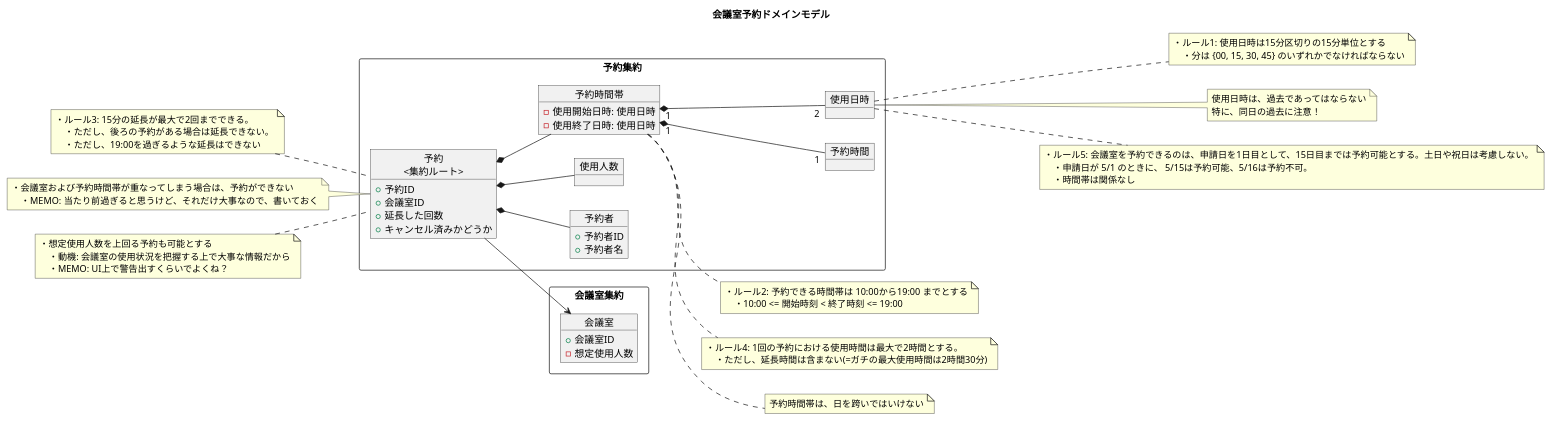
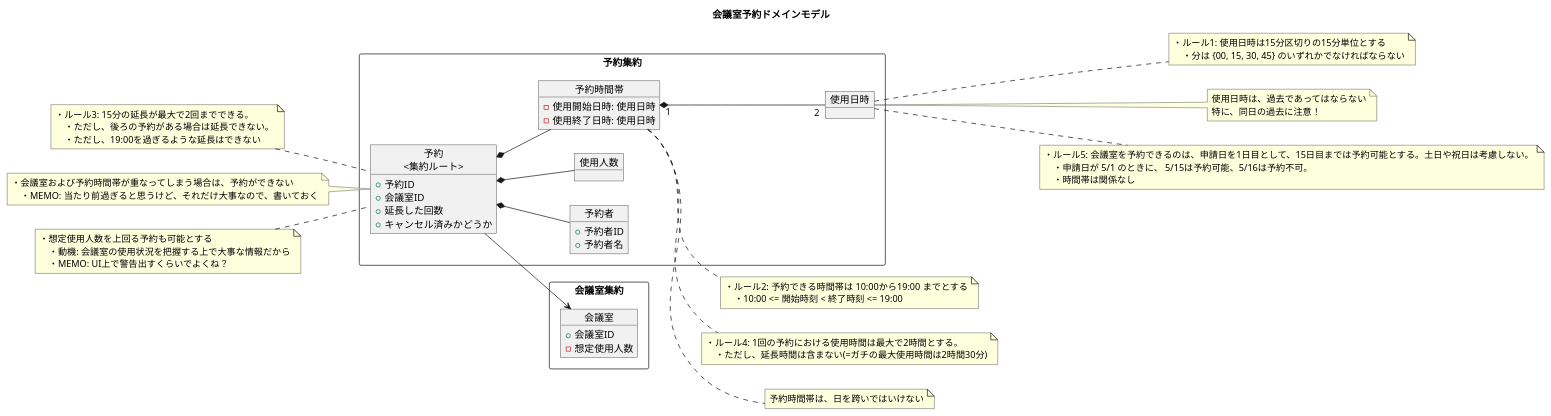
One commit to ModelingKai/meeting-room-python changed the diagram in diagram/ドメインモデル.puml. Above: the diagram before and after it, drawn with PlantUML.

Commit message:
予約時間という概念が消えたので、ドメインモデルを更新した
- 予約時間というのは、もしかしたら画面表示のところだけかも

```diff
--- a/diagram/ドメインモデル.puml
+++ b/diagram/ドメインモデル.puml
@@ -1,104 +1,101 @@
 @startuml
 
 title 会議室予約ドメインモデル
 
 left to right direction
 
 
 rectangle 予約集約 {
     object "予約\n<集約ルート>" as c1 {
         + 予約ID
         + 会議室ID
         + 延長した回数
         + キャンセル済みかどうか
     }
 
     object 予約者 {
         + 予約者ID
         + 予約者名
     }
 
     object 使用人数 {
     }
 
     object 予約時間帯 {
         - 使用開始日時: 使用日時
         - 使用終了日時: 使用日時
     }
 
-    object 予約時間 {
-    }
 
     object 使用日時 {
     }
 }
 
 
 rectangle 会議室集約 {
     object 会議室 {
         + 会議室ID
         - 想定使用人数
     }
 }
 
 
 c1 --> 会議室
 c1 *-- 予約者
 c1 *-- 使用人数
 c1 *-- 予約時間帯
 予約時間帯 "1" *-- "2" 使用日時
-予約時間帯 "1" *-- "1" 予約時間
 
 ' ===== 予約 =====
 note left of c1
 ・ルール3: 15分の延長が最大で2回までできる。
     ・ただし、後ろの予約がある場合は延長できない。
     ・ただし、19:00を過ぎるような延長はできない
 end note
 
 note left of c1
 ・会議室および予約時間帯が重なってしまう場合は、予約ができない
     ・MEMO: 当たり前過ぎると思うけど、それだけ大事なので、書いておく
 end note
 
 note left of c1
 ・想定使用人数を上回る予約も可能とする
     ・動機: 会議室の使用状況を把握する上で大事な情報だから
     ・MEMO: UI上で警告出すくらいでよくね？
 end note
 
 ' ===== 予約時間帯 =====
 note right of 予約時間帯
 ・ルール2: 予約できる時間帯は 10:00から19:00 までとする
     ・10:00 <= 開始時刻 < 終了時刻 <= 19:00
 end note
 
 
 note right of 予約時間帯
 ・ルール4: 1回の予約における使用時間は最大で2時間とする。
     ・ただし、延長時間は含まない(=ガチの最大使用時間は2時間30分)
 end note
 
 note right of 予約時間帯
 予約時間帯は、日を跨いではいけない
 end note
 
 
 ' ===== 使用日時 =====
 note right of 使用日時
 ・ルール1: 使用日時は15分区切りの15分単位とする
     ・分は {00, 15, 30, 45} のいずれかでなければならない
 end note
 
 note right of 使用日時
 使用日時は、過去であってはならない
 特に、同日の過去に注意！
 end note
 
 note right of 使用日時
 ・ルール5: 会議室を予約できるのは、申請日を1日目として、15日目までは予約可能とする。土日や祝日は考慮しない。
     ・申請日が 5/1 のときに、 5/15は予約可能、5/16は予約不可。
     ・時間帯は関係なし
 end note
 
 @enduml
```
